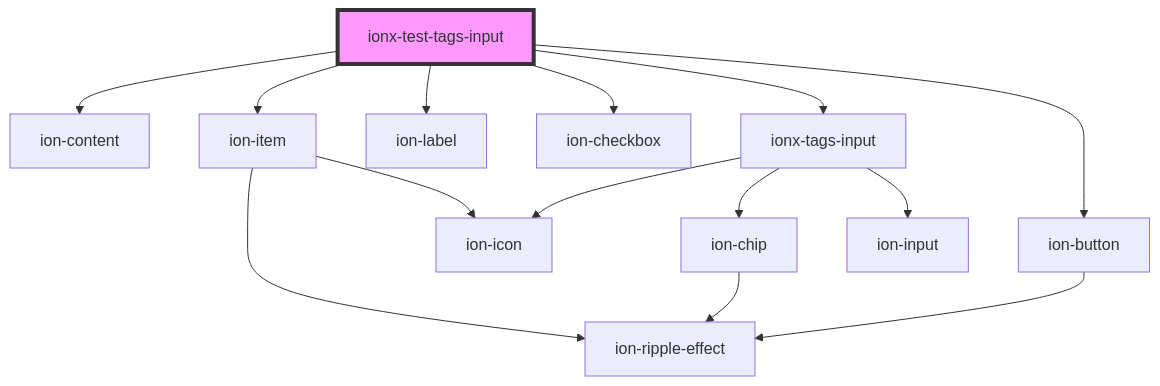
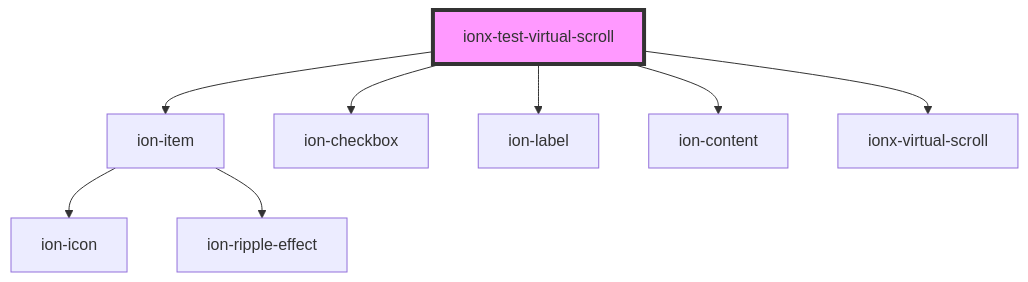
The diagram in src/test/components/readme.md (co-mmons/ionx), drawn with Mermaid before and after one commit. The commit also changed other lines of this file and 18 other files, not shown here.

````diff
--- a/src/test/components/readme.md
+++ b/src/test/components/readme.md
@@ -20,17 +19,11 @@
 ```mermaid
 graph TD;
-  ionx-test-tags-input --> ion-content
-  ionx-test-tags-input --> ion-item
-  ionx-test-tags-input --> ion-label
-  ionx-test-tags-input --> ion-checkbox
-  ionx-test-tags-input --> ionx-tags-input
-  ionx-test-tags-input --> ion-button
+  ionx-test-virtual-scroll --> ion-item
+  ionx-test-virtual-scroll --> ion-checkbox
+  ionx-test-virtual-scroll --> ion-label
+  ionx-test-virtual-scroll --> ion-content
+  ionx-test-virtual-scroll --> ionx-virtual-scroll
   ion-item --> ion-icon
   ion-item --> ion-ripple-effect
-  ionx-tags-input --> ion-chip
-  ionx-tags-input --> ion-icon
-  ionx-tags-input --> ion-input
-  ion-chip --> ion-ripple-effect
-  ion-button --> ion-ripple-effect
-  style ionx-test-tags-input fill:#f9f,stroke:#333,stroke-width:4px
+  style ionx-test-virtual-scroll fill:#f9f,stroke:#333,stroke-width:4px
 ```
````
